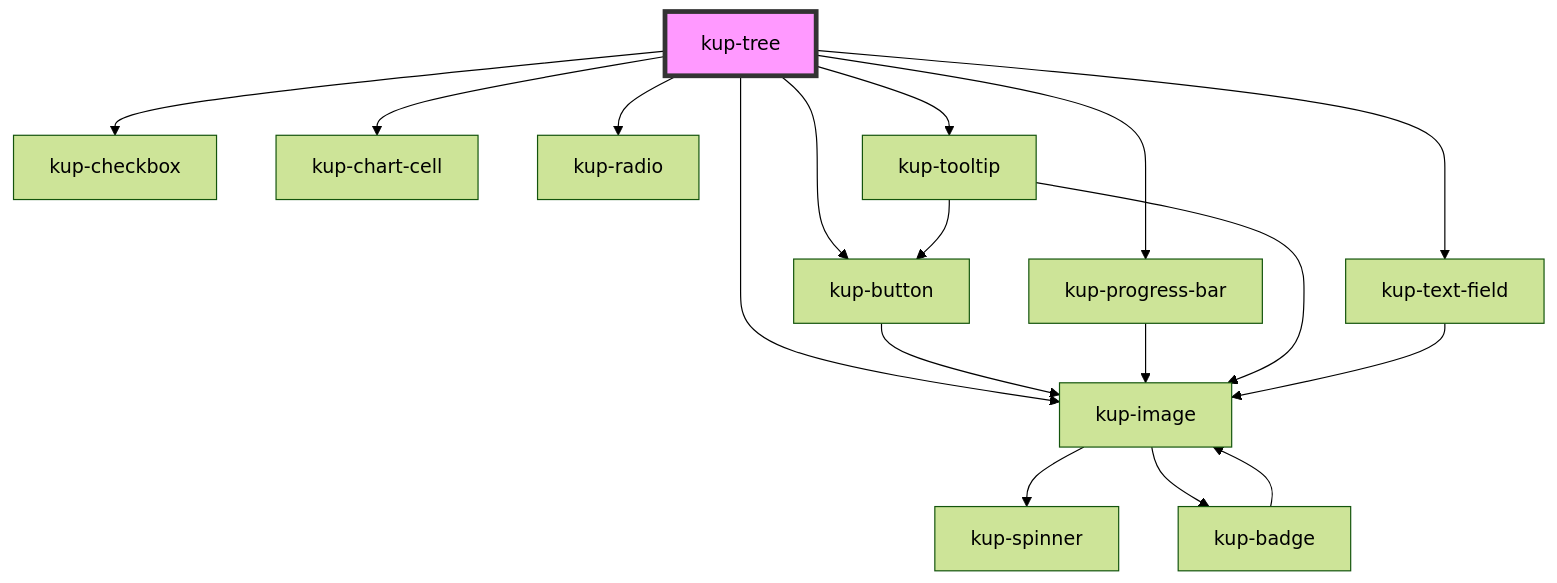
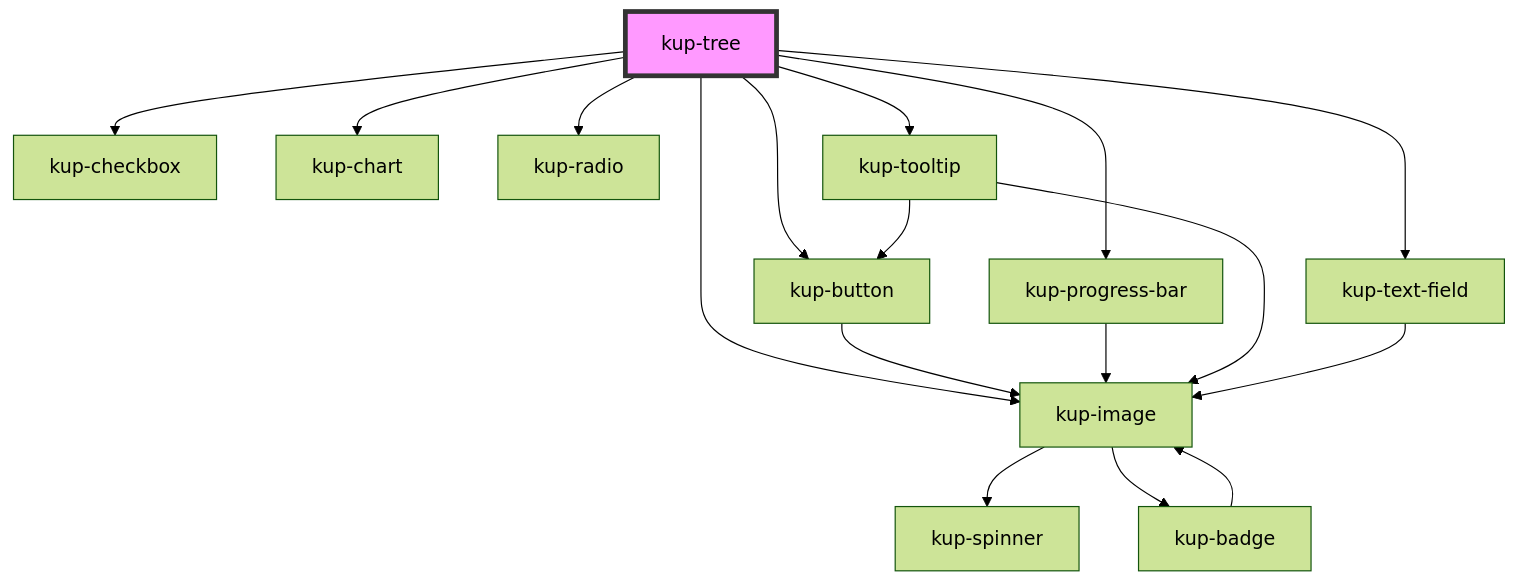
One commit to smeup/ketchup changed the diagram in packages/ketchup/src/components/kup-tree/readme.md. Above: the diagram before and after it, drawn with Mermaid (forest theme). The commit also changed other lines of this file and 15 other files, not shown here.

Commit message:
Removed chart-cell.

````diff
--- a/packages/ketchup/src/components/kup-tree/readme.md
+++ b/packages/ketchup/src/components/kup-tree/readme.md
@@ -109,20 +109,20 @@
 ```mermaid
 graph TD;
   kup-tree --> kup-button
   kup-tree --> kup-image
   kup-tree --> kup-checkbox
-  kup-tree --> kup-chart-cell
+  kup-tree --> kup-chart
   kup-tree --> kup-progress-bar
   kup-tree --> kup-radio
   kup-tree --> kup-tooltip
   kup-tree --> kup-text-field
   kup-button --> kup-image
   kup-image --> kup-spinner
   kup-image --> kup-badge
   kup-badge --> kup-image
   kup-progress-bar --> kup-image
   kup-tooltip --> kup-button
   kup-tooltip --> kup-image
   kup-text-field --> kup-image
   style kup-tree fill:#f9f,stroke:#333,stroke-width:4px
 ```
````
